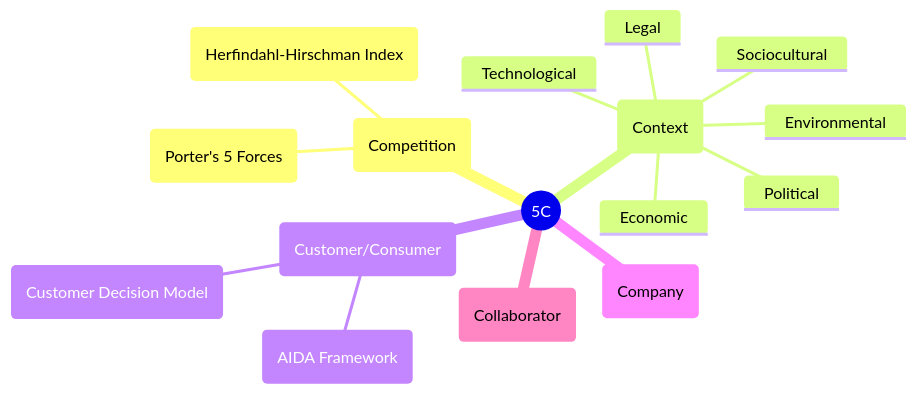
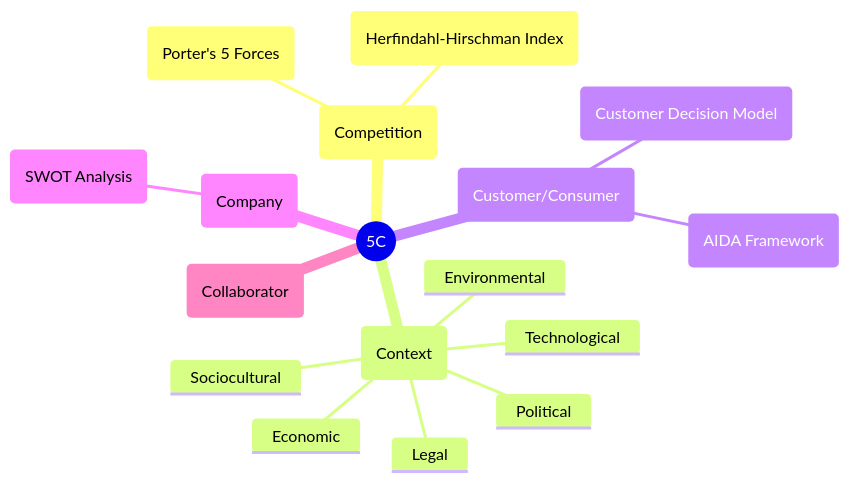
One commit to manasm11/blog.manas-mishra.com changed the fourth of 11 diagrams in content/business/marketing/_index.md. Above: the diagram before and after it, drawn with Mermaid. The commit also changed other lines of this file and 4 other files, not shown here.

````diff
--- a/content/business/marketing/_index.md
+++ b/content/business/marketing/_index.md
@@ -136,22 +139,23 @@
 ```mermaid
 ---
 title: Stakeholder Analysis / Market Scanning Analysis
 ---
 mindmap
     5C((5C))
         COMPETITION(Competition)
             PORTERS5FORCES(Porter's 5 Forces)
             HHI(Herfindahl-Hirschman Index)
         CONTEXT(Context)
             Political
             Economic
             Sociocultural
             Technological
             Legal
             Environmental
         CUSTOMER(Customer/Consumer)
             AIDA(AIDA Framework)
             CDM(Customer Decision Model)
         COMPANY(Company)
+            SWOT(SWOT Analysis)
         COLLABORATOR(Collaborator)
 ```
````
